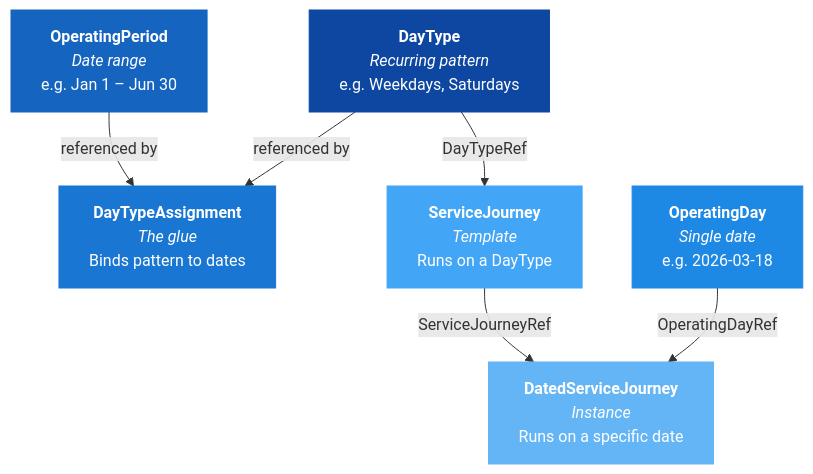
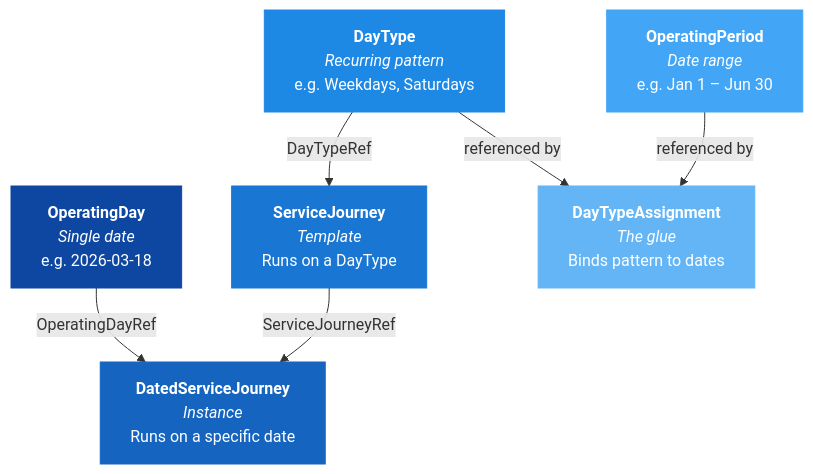
The first of 2 diagrams in Guides/Calendar/Calendar_Guide.md (hfjelstad/NeTEx-Nordic), drawn with Mermaid before and after one commit. The commit also changed other lines of this file, not shown here.

Commit message:
docs(Calendar): mark as technical guide, reorder date-based before pattern-based

````diff
--- a/Guides/Calendar/Calendar_Guide.md
+++ b/Guides/Calendar/Calendar_Guide.md
@@ -20,22 +22,22 @@
 ```mermaid
 flowchart TD
+    OD["<b>OperatingDay</b><br/><i>Single date</i><br/>e.g. 2026-03-18"]
+    DSJ["<b>DatedServiceJourney</b><br/><i>Instance</i><br/>Runs on a specific date"]
+    SJ["<b>ServiceJourney</b><br/><i>Template</i><br/>Runs on a DayType"]
     DT["<b>DayType</b><br/><i>Recurring pattern</i><br/>e.g. Weekdays, Saturdays"]
     OP["<b>OperatingPeriod</b><br/><i>Date range</i><br/>e.g. Jan 1 – Jun 30"]
     DTA["<b>DayTypeAssignment</b><br/><i>The glue</i><br/>Binds pattern to dates"]
-    OD["<b>OperatingDay</b><br/><i>Single date</i><br/>e.g. 2026-03-18"]
-    SJ["<b>ServiceJourney</b><br/><i>Template</i><br/>Runs on a DayType"]
-    DSJ["<b>DatedServiceJourney</b><br/><i>Instance</i><br/>Runs on a specific date"]
 
+    OD -->|"OperatingDayRef"| DSJ
+    SJ -->|"ServiceJourneyRef"| DSJ
+    DT -->|"DayTypeRef"| SJ
     DT -->|"referenced by"| DTA
     OP -->|"referenced by"| DTA
-    DT -->|"DayTypeRef"| SJ
-    OD -->|"OperatingDayRef"| DSJ
-    SJ -->|"ServiceJourneyRef"| DSJ
 
-    style DT fill:#0D47A1,stroke:#0D47A1,color:#fff
-    style OP fill:#1565C0,stroke:#1565C0,color:#fff
-    style DTA fill:#1976D2,stroke:#1976D2,color:#fff
-    style OD fill:#1E88E5,stroke:#1E88E5,color:#fff
-    style SJ fill:#42A5F5,stroke:#42A5F5,color:#fff
-    style DSJ fill:#64B5F6,stroke:#64B5F6,color:#fff
+    style OD fill:#0D47A1,stroke:#0D47A1,color:#fff
+    style DSJ fill:#1565C0,stroke:#1565C0,color:#fff
+    style SJ fill:#1976D2,stroke:#1976D2,color:#fff
+    style DT fill:#1E88E5,stroke:#1E88E5,color:#fff
+    style OP fill:#42A5F5,stroke:#42A5F5,color:#fff
+    style DTA fill:#64B5F6,stroke:#64B5F6,color:#fff
 ```
````
